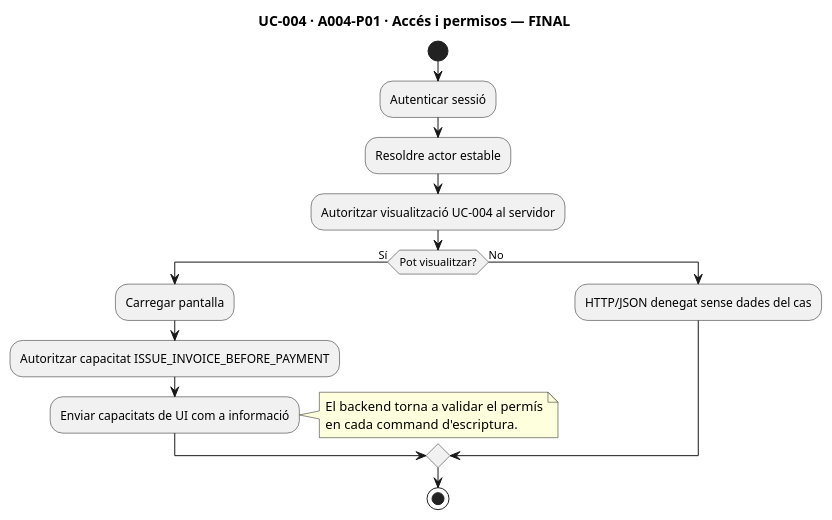
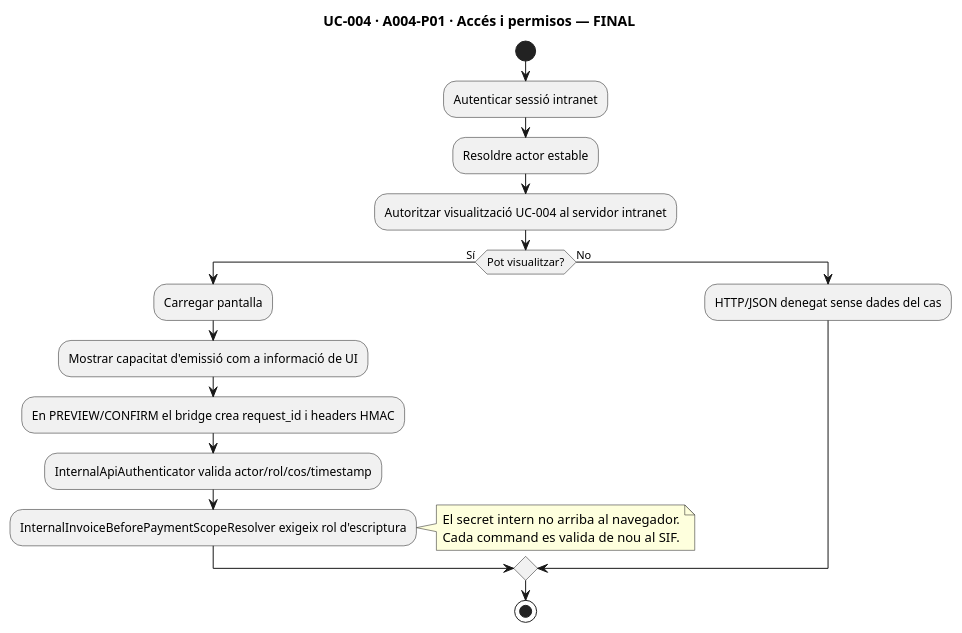
One commit to orgmeriemprismacat-del/verifactu changed the fourth of 14 diagrams in documentacio/07-uml-integrat/uc-004-activitats-actual-final.md. Above: the diagram before and after it, drawn with PlantUML. The commit also changed other lines of this file, not shown here.

Commit message:
docs(uc-004): actualitzar activitats amb HMAC i auditoria atomica

````diff
--- a/documentacio/07-uml-integrat/uc-004-activitats-actual-final.md
+++ b/documentacio/07-uml-integrat/uc-004-activitats-actual-final.md
@@ -174,21 +179,23 @@
 ```plantuml
 @startuml
 title UC-004 · A004-P01 · Accés i permisos — FINAL
 start
-:Autenticar sessió;
+:Autenticar sessió intranet;
 :Resoldre actor estable;
-:Autoritzar visualització UC-004 al servidor;
+:Autoritzar visualització UC-004 al servidor intranet;
 if (Pot visualitzar?) then (Sí)
   :Carregar pantalla;
-  :Autoritzar capacitat ISSUE_INVOICE_BEFORE_PAYMENT;
-  :Enviar capacitats de UI com a informació;
+  :Mostrar capacitat d'emissió com a informació de UI;
+  :En PREVIEW/CONFIRM el bridge crea request_id i headers HMAC;
+  :InternalApiAuthenticator valida actor/rol/cos/timestamp;
+  :InternalInvoiceBeforePaymentScopeResolver exigeix rol d'escriptura;
   note right
-    El backend torna a validar el permís
-    en cada command d'escriptura.
+    El secret intern no arriba al navegador.
+    Cada command es valida de nou al SIF.
   end note
 else (No)
   :HTTP/JSON denegat sense dades del cas;
 endif
 stop
 @enduml
 ```
````
